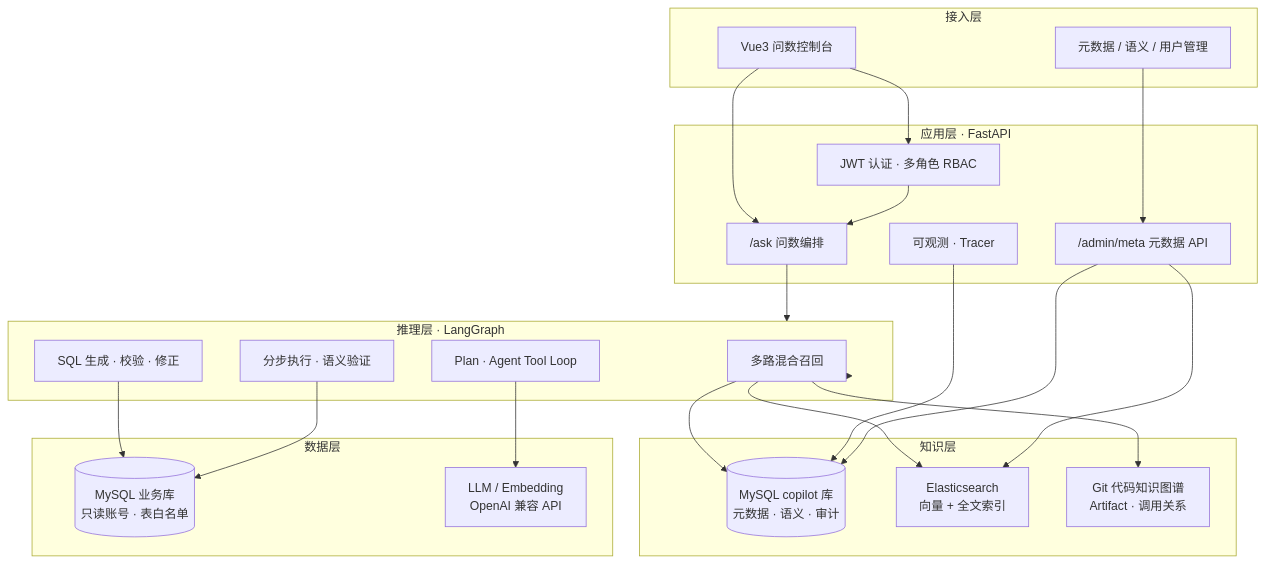
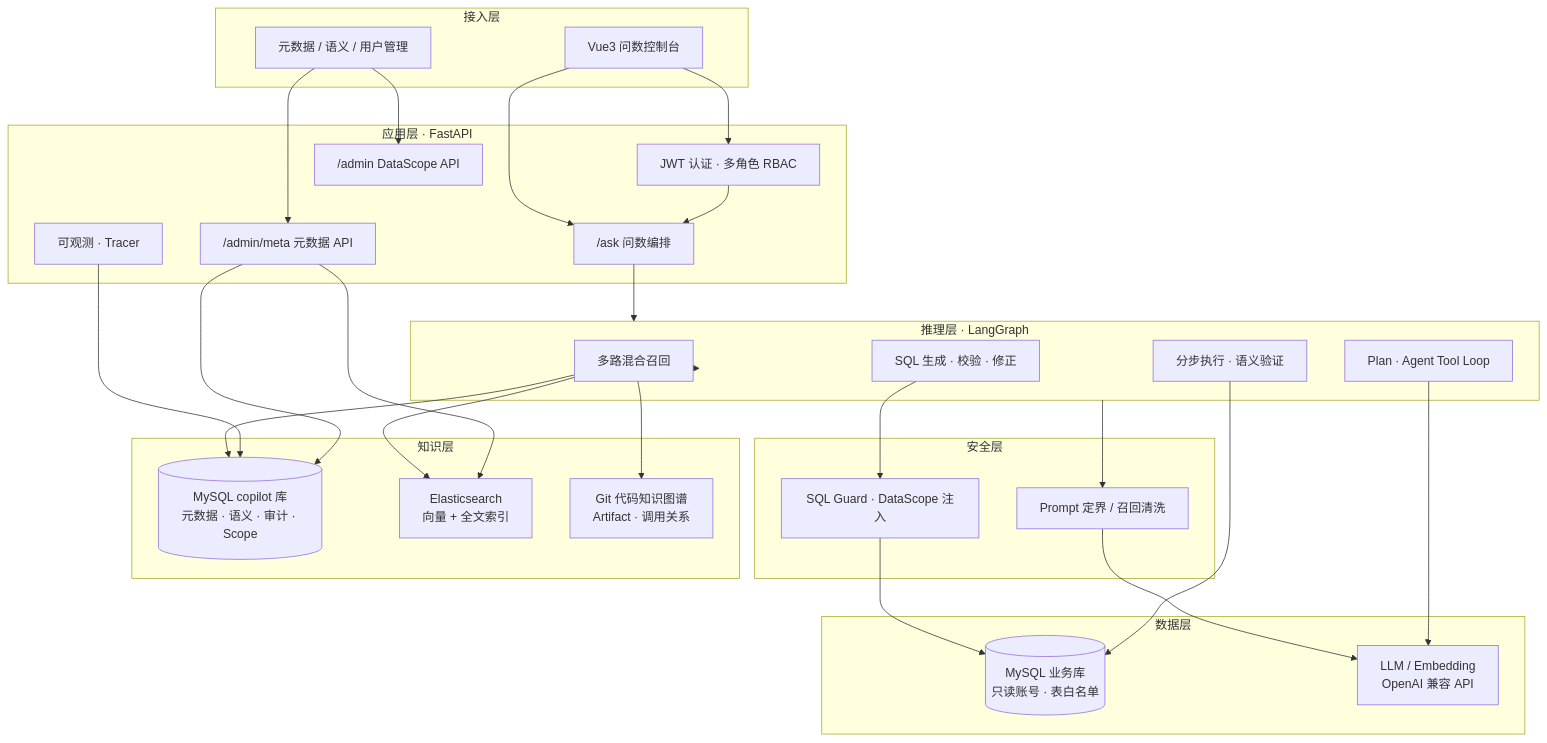
Before and after one commit to yanqiuping110-cloud/xb-data-copilot-bot: the first of 5 diagrams in README.md, drawn with Mermaid. The commit also changed other lines of this file and 33 other files, not shown here.

````diff
--- a/README.md
+++ b/README.md
@@ -25,48 +28,58 @@
 ```mermaid
 flowchart TB
     subgraph Client["接入层"]
         UI["Vue3 问数控制台"]
         Admin["元数据 / 语义 / 用户管理"]
     end
 
     subgraph API["应用层 · FastAPI"]
         Auth["JWT 认证 · 多角色 RBAC"]
         Ask["/ask 问数编排"]
         Meta["/admin/meta 元数据 API"]
+        Scope["/admin  DataScope API"]
         Obs["可观测 · Tracer"]
     end
 
     subgraph Agent["推理层 · LangGraph"]
         Recall["多路混合召回"]
         Plan["Plan · Agent Tool Loop"]
         SQLGen["SQL 生成 · 校验 · 修正"]
         Exec["分步执行 · 语义验证"]
     end
 
+    subgraph Security["安全层"]
+        PB["Prompt 定界 / 召回清洗"]
+        Guard["SQL Guard · DataScope 注入"]
+    end
+
     subgraph Knowledge["知识层"]
-        MySQLMeta[("MySQL copilot 库<br/>元数据 · 语义 · 审计")]
+        MySQLMeta[("MySQL copilot 库<br/>元数据 · 语义 · 审计 · Scope")]
         ES["Elasticsearch<br/>向量 + 全文索引"]
         CodeKG["Git 代码知识图谱<br/>Artifact · 调用关系"]
     end
 
     subgraph Data["数据层"]
         BizDB[("MySQL 业务库<br/>只读账号 · 表白名单")]
         LLM["LLM / Embedding<br/>OpenAI 兼容 API"]
     end
 
     UI --> Auth
     Admin --> Meta
+    Admin --> Scope
     UI --> Ask
     Ask --> Agent
     Auth --> Ask
     Agent --> Recall
     Recall --> ES
     Recall --> MySQLMeta
     Recall --> CodeKG
+    Agent --> PB
+    PB --> LLM
     Plan --> LLM
-    SQLGen --> BizDB
+    SQLGen --> Guard
+    Guard --> BizDB
     Exec --> BizDB
     Obs --> MySQLMeta
     Meta --> MySQLMeta
     Meta --> ES
 ```
````
